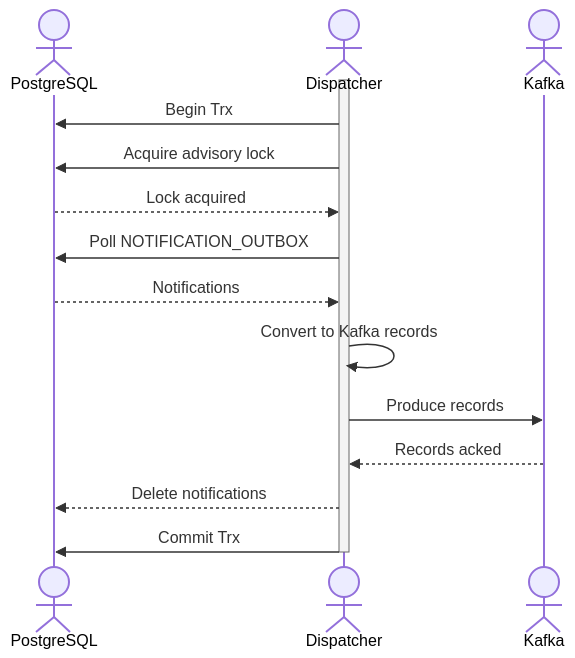
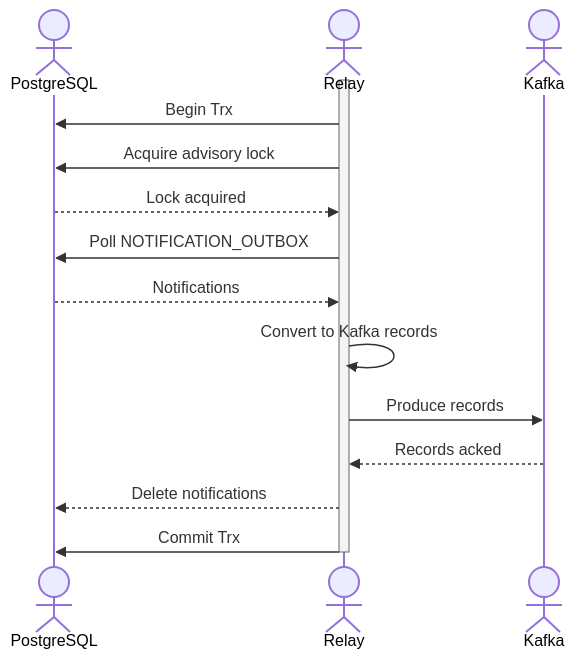
One commit to DependencyTrack/hyades changed the second of 2 diagrams in docs/architecture/decisions/011-notification-outbox.md. Above: the diagram before and after it, drawn with Mermaid. The commit also changed other lines of this file, not shown here.

Commit message:
Correct dispatcher -> relay wording in ADR-011
Relay is the correct component name within the context of this pattern.

````diff
--- a/docs/architecture/decisions/011-notification-outbox.md
+++ b/docs/architecture/decisions/011-notification-outbox.md
@@ -66,19 +66,19 @@
 ```mermaid
 sequenceDiagram
     actor P as PostgreSQL
-    actor D as Dispatcher
+    actor R as Relay
     actor K as Kafka
 
-    activate D
-    D ->> P: Begin Trx
-    D ->> P: Acquire advisory lock
-    P -->> D: Lock acquired
-    D ->> P: Poll NOTIFICATION_OUTBOX
-    P -->> D: Notifications
-    D ->> D: Convert to Kafka records
-    D ->> K: Produce records
-    K -->> D: Records acked
-    D -->> P: Delete notifications
-    D ->> P: Commit Trx
-    deactivate D
+    activate R
+    R ->> P: Begin Trx
+    R ->> P: Acquire advisory lock
+    P -->> R: Lock acquired
+    R ->> P: Poll NOTIFICATION_OUTBOX
+    P -->> R: Notifications
+    R ->> R: Convert to Kafka records
+    R ->> K: Produce records
+    K -->> R: Records acked
+    R -->> P: Delete notifications
+    R ->> P: Commit Trx
+    deactivate R
 ```
````
